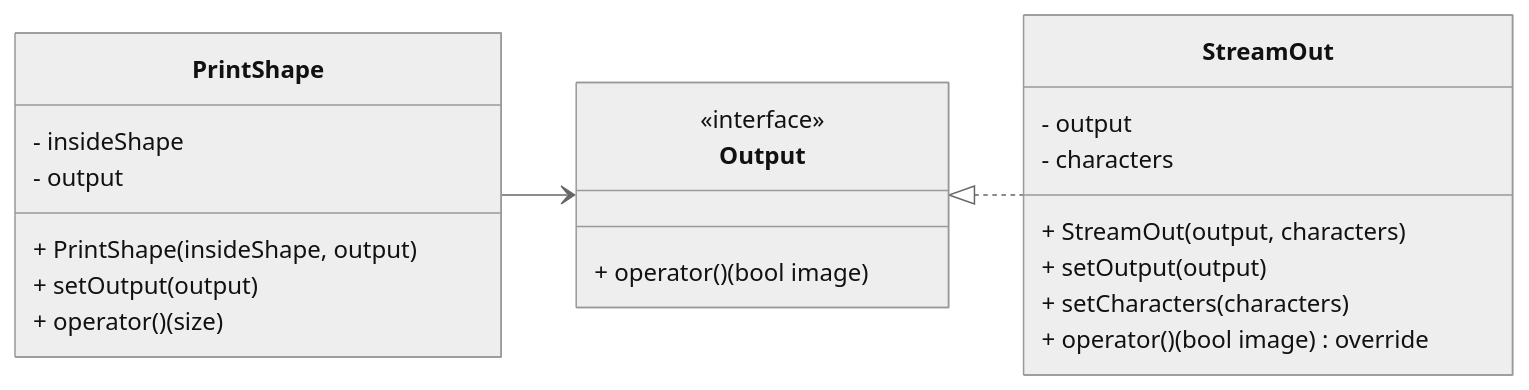
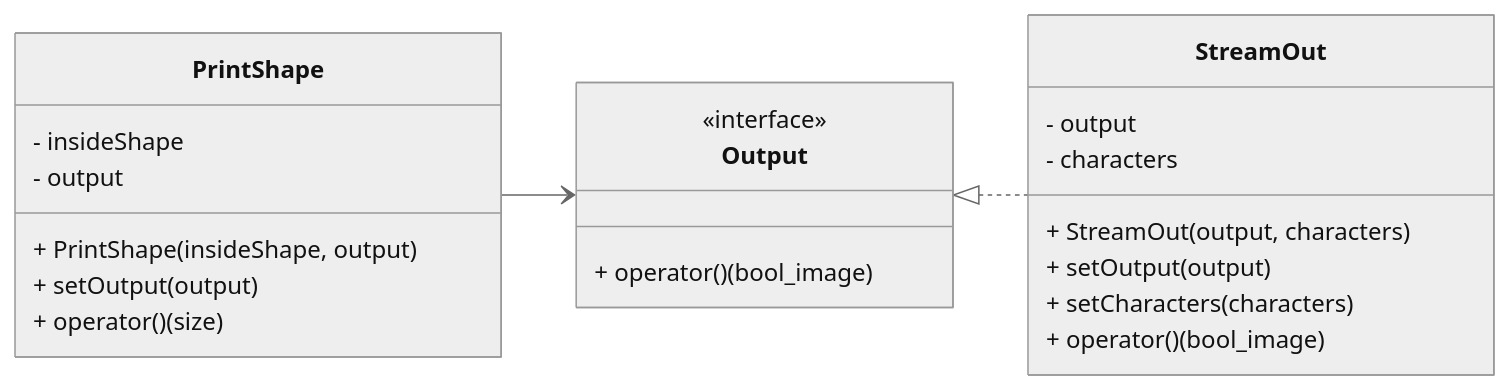
One commit to bosornd/shape-printer changed the second of 2 diagrams in README.md. Above: the diagram before and after it, drawn with Mermaid (neutral theme).

Commit message:
6_writing_adr

````diff
--- a/README.md
+++ b/README.md
@@ -21,26 +21,26 @@
 ```mermaid
 classDiagram
   direction LR
   class PrintShape {
     - insideShape
     - output
     + PrintShape(insideShape, output)
     + setOutput(output)
     + operator()(size)
   }
   class Output {
     <<interface>>
-    + operator()(bool image)
+    + operator()(bool_image)
   }
   class StreamOut {
     - output
     - characters
     + StreamOut(output, characters)
     + setOutput(output)
     + setCharacters(characters)
-    + operator()(bool image) override
+    + operator()(bool_image)
   }
   Output <|.. StreamOut
   PrintShape --> Output
 
 ```
````
